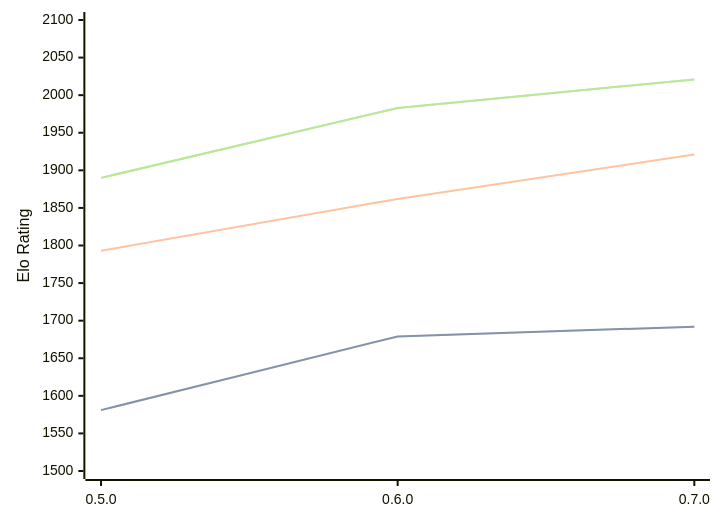
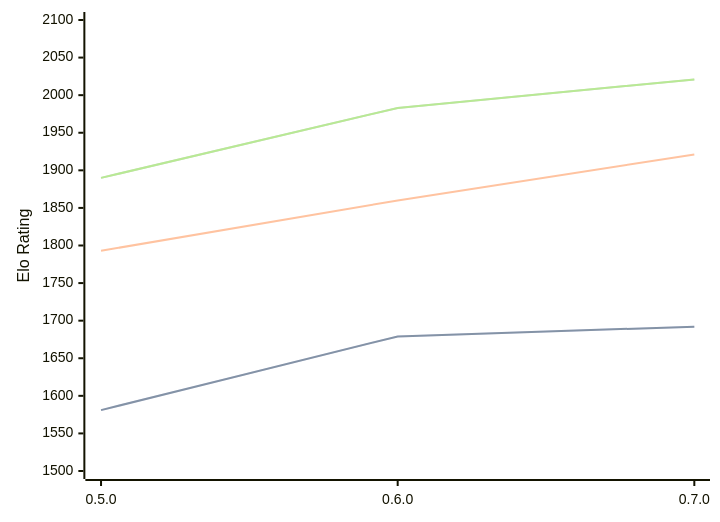
The diagram in engines/Chess-rs.md (computer-chess-index/cci), drawn with Mermaid before and after one commit. The commit also changed other lines of this file, not shown here.

````diff
--- a/engines/Chess-rs.md
+++ b/engines/Chess-rs.md
@@ -33,11 +33,11 @@
 ```mermaid
 %%{init: {"theme":"base","themeVariables":{"seriesColors:['#a3a3a3','#222221','#faa371']}}}%%
 xychart-beta
   x-axis ["0.5.0", "0.6.0", "0.7.0"]
   y-axis "Elo Rating" 1500 --> 2100
   line "" [1581, 1679, 1692]
   line "STC (8.0+0.08s)" [1581, 1679, 1692]
-  line "LTC (60.0+0.60s)" [1793, 1862, 1921]
+  line "LTC (60.0+0.60s)" [1793, 1860, 1921]
   line "" [1890, 1983, 2021]
   line "VLTC (2m24s+1.12s)" [1890, 1983, 2021]
 ```
````
